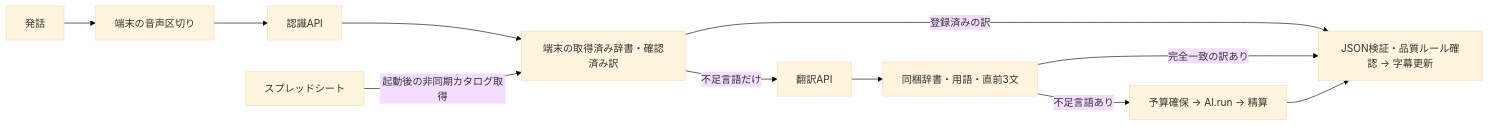
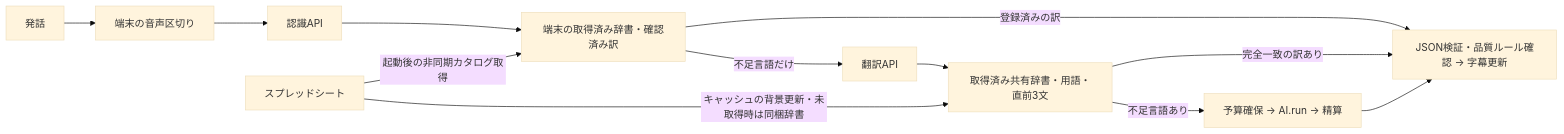
One commit to hiroakiaa/tsuyaku-kun changed the diagram in docs/translation-latency.md. Above: the diagram before and after it, drawn with Mermaid (base theme). The commit also changed other lines of this file, not shown here.

````diff
--- a/docs/translation-latency.md
+++ b/docs/translation-latency.md
@@ -5,13 +5,14 @@
 ```mermaid
 flowchart LR
  A[発話] --> B[端末の音声区切り]
  B --> C[認識API]
  C --> D[端末の取得済み辞書・確認済み訳]
  D -->|登録済みの訳| H
  D -->|不足言語だけ| E[翻訳API]
- E --> F[同梱辞書・用語・直前3文]
+ E --> F[取得済み共有辞書・用語・直前3文]
  F -->|完全一致の訳あり| H
  F -->|不足言語あり| G[予算確保 → AI.run → 精算]
  G --> H[JSON検証・品質ルール確認 → 字幕更新]
  S[スプレッドシート] -->|起動後の非同期カタログ取得| D
+ S -->|キャッシュの背景更新・未取得時は同梱辞書| F
 ```
````
